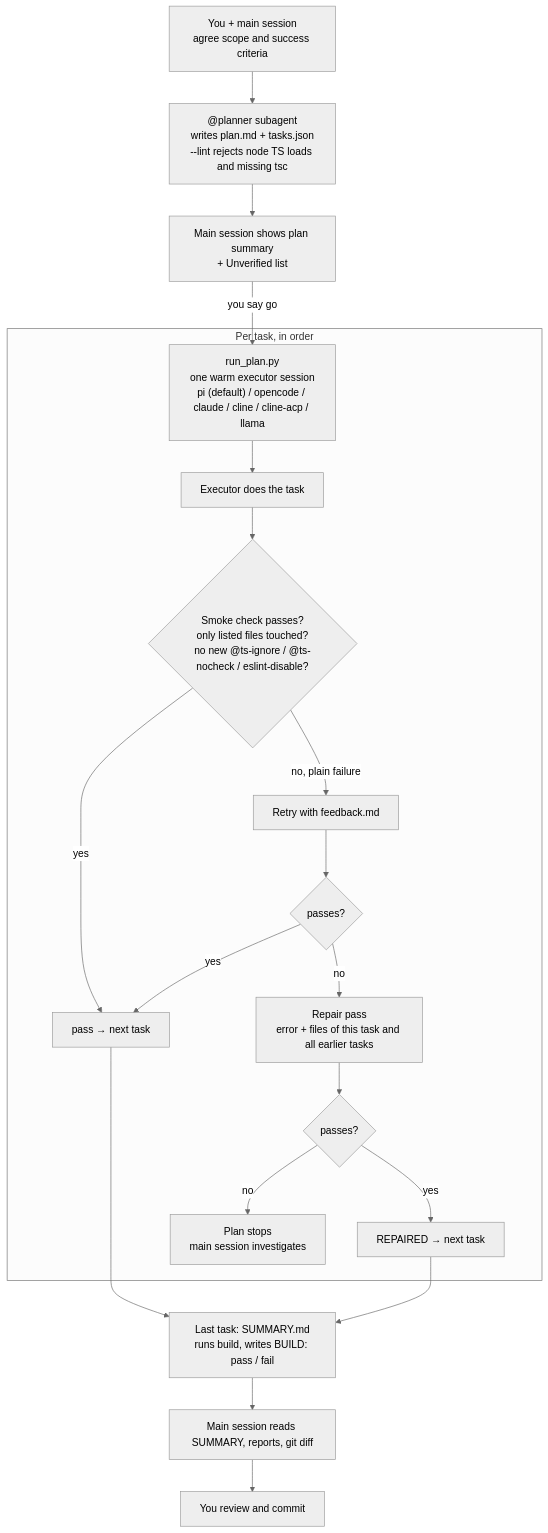
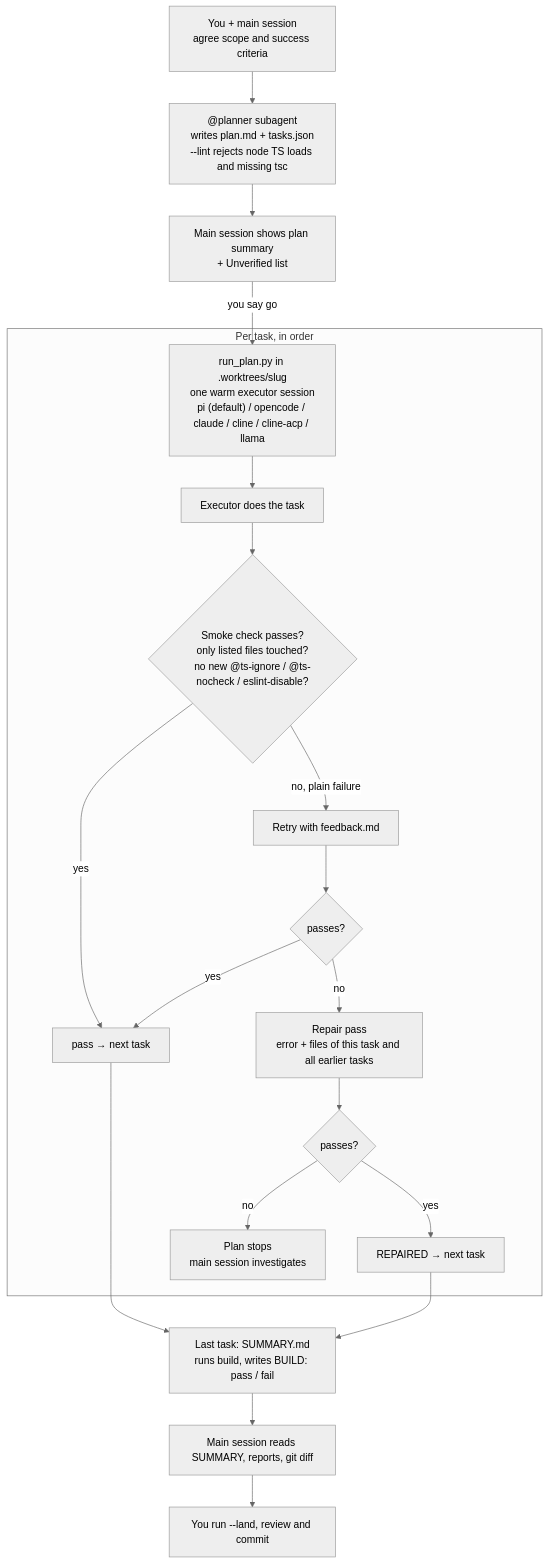
Before and after one commit to UfozDelta/ufoz-harness: the diagram in docs/mermaid.md, drawn with Mermaid (neutral theme). The commit also changed 10 other files, not shown here.

````diff
--- a/docs/mermaid.md
+++ b/docs/mermaid.md
@@ -3,24 +3,24 @@
 ```mermaid
 flowchart TD
     A[You + main session<br/>agree scope and success criteria] --> B["@planner subagent<br/>writes plan.md + tasks.json<br/>--lint rejects node TS loads and missing tsc"]
     B --> C[Main session shows plan summary<br/>+ Unverified list]
-    C -->|you say go| D["run_plan.py<br/>one warm executor session<br/>pi (default) / opencode / claude / cline / cline-acp / llama"]
+    C -->|you say go| D["run_plan.py in .worktrees/slug<br/>one warm executor session<br/>pi (default) / opencode / claude / cline / cline-acp / llama"]
 
     subgraph Task["Per task, in order"]
         D --> E[Executor does the task]
         E --> F{Smoke check passes?<br/>only listed files touched?<br/>no new @ts-ignore / @ts-nocheck / eslint-disable?}
         F -->|yes| G[pass → next task]
         F -->|no, plain failure| H[Retry with feedback.md]
         H --> F2{passes?}
         F2 -->|yes| G
         F2 -->|no| R[Repair pass<br/>error + files of this task and all earlier tasks]
         R --> F3{passes?}
         F3 -->|yes| G2[REPAIRED → next task]
         F3 -->|no| X[Plan stops<br/>main session investigates]
     end
 
     G --> S[Last task: SUMMARY.md<br/>runs build, writes BUILD: pass / fail]
     G2 --> S
     S --> V[Main session reads SUMMARY, reports, git diff]
-    V --> Y[You review and commit]
+    V --> Y[You run --land, review and commit]
 ```
````
